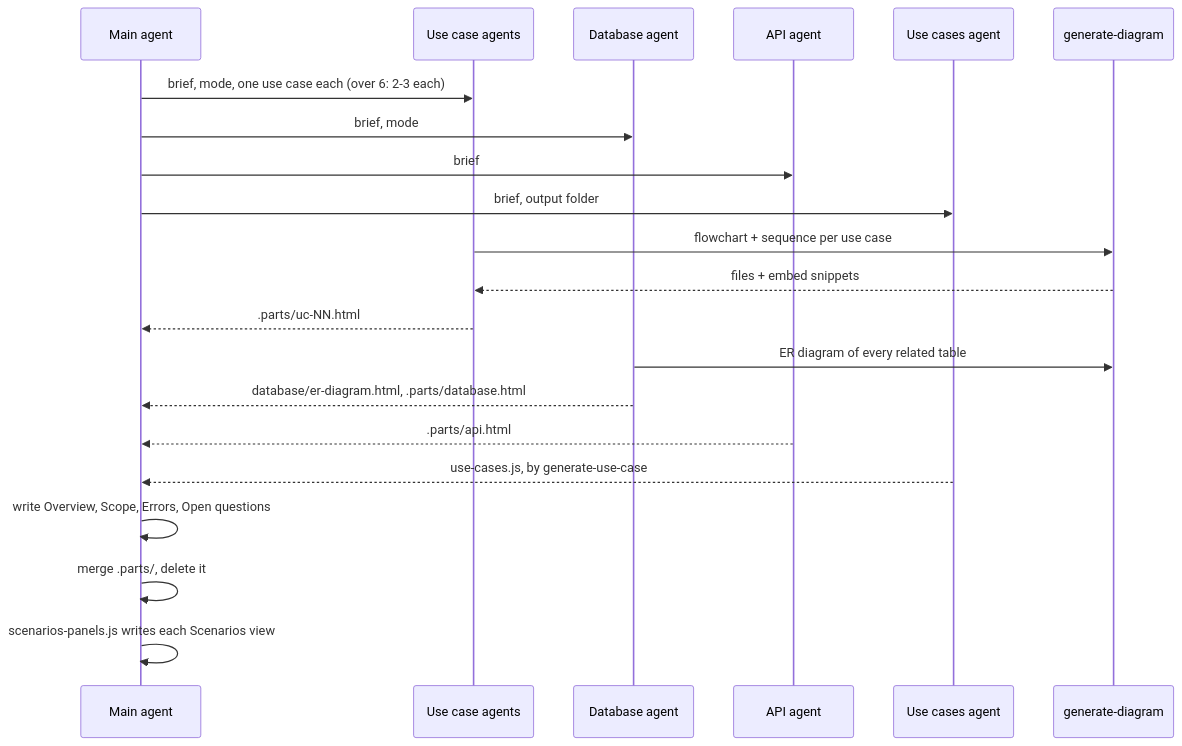
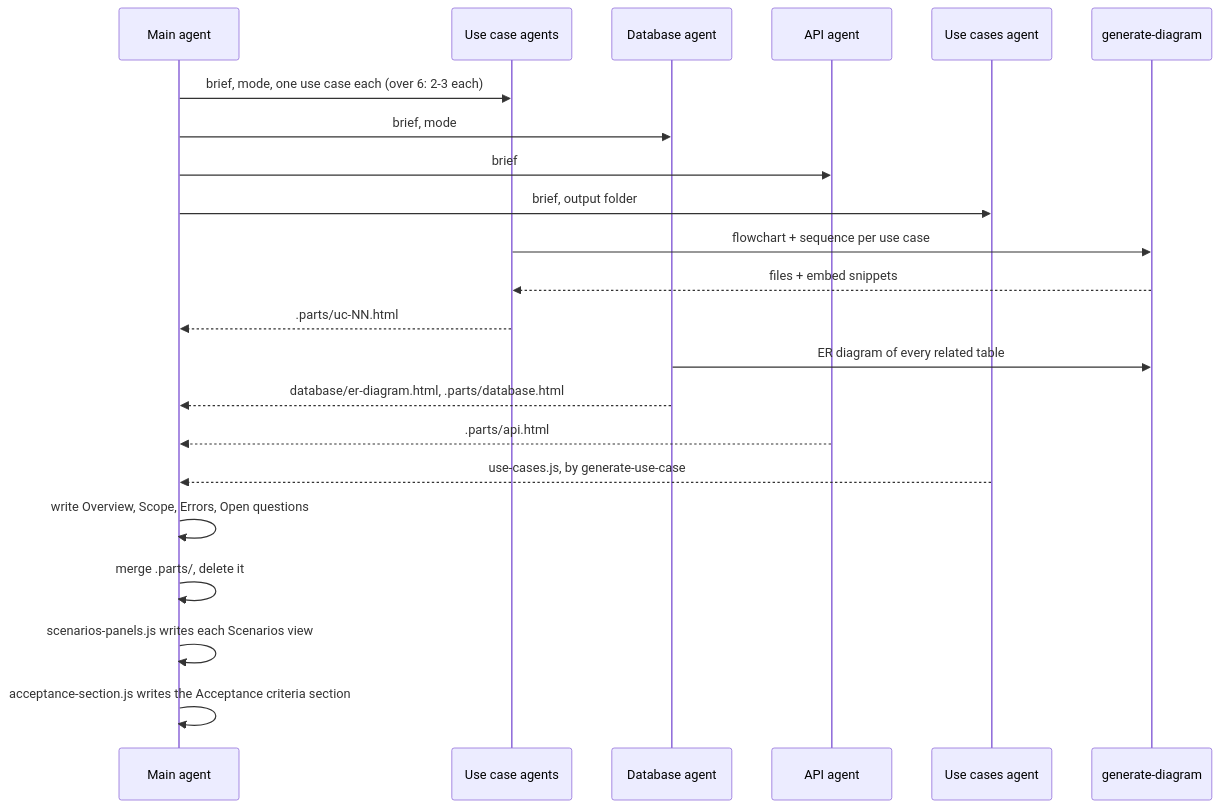
Before and after one commit to naphatwx/naphatwx-tools: the second of 3 diagrams in plugins/naphatwx-tools/skills/design-feature/README.md, drawn with Mermaid. The commit also changed other lines of this file and 66 other files, not shown here.

````diff
--- a/plugins/naphatwx-tools/skills/design-feature/README.md
+++ b/plugins/naphatwx-tools/skills/design-feature/README.md
@@ -45,23 +45,24 @@
 ```mermaid
 sequenceDiagram
     participant M as Main agent
     participant U as Use case agents
     participant D as Database agent
     participant A as API agent
     participant C as Use cases agent
     participant G as generate-diagram
     M->>U: brief, mode, one use case each (over 6: 2-3 each)
     M->>D: brief, mode
     M->>A: brief
     M->>C: brief, output folder
     U->>G: flowchart + sequence per use case
     G-->>U: files + embed snippets
     U-->>M: .parts/uc-NN.html
     D->>G: ER diagram of every related table
     D-->>M: database/er-diagram.html, .parts/database.html
     A-->>M: .parts/api.html
     C-->>M: use-cases.js, by generate-use-case
     M->>M: write Overview, Scope, Errors, Open questions
     M->>M: merge .parts/, delete it
     M->>M: scenarios-panels.js writes each Scenarios view
+    M->>M: acceptance-section.js writes the Acceptance criteria section
 ```
````
